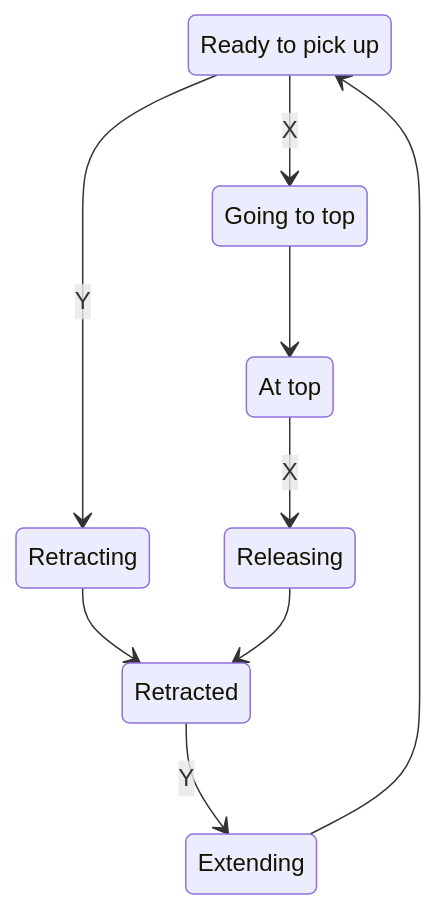
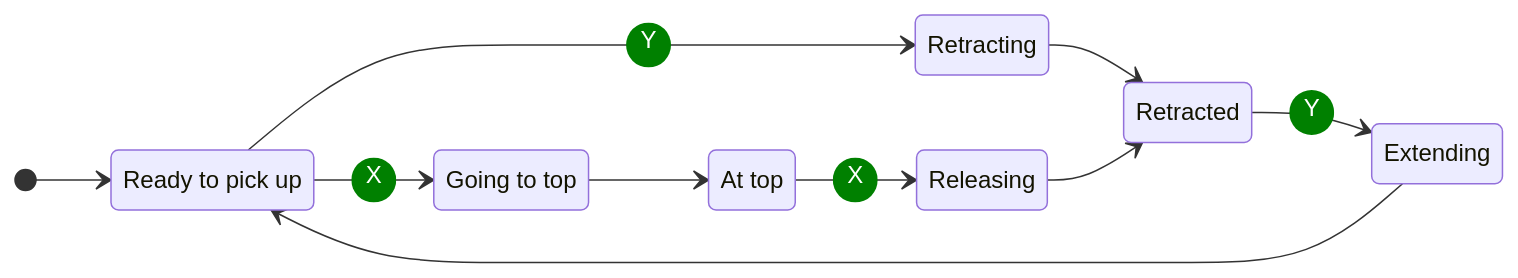
Before and after one commit to Huskyteers19516/IntoTheDeep: the first of 2 diagrams in TeamCode/src/main/java/org/firstinspires/ftc/teamcode/huskyteers/controls.md, drawn with Mermaid. The commit also changed other lines of this file, not shown here.

Commit message:
Add styles and notes

````diff
--- a/TeamCode/src/main/java/org/firstinspires/ftc/teamcode/huskyteers/controls.md
+++ b/TeamCode/src/main/java/org/firstinspires/ftc/teamcode/huskyteers/controls.md
@@ -5,14 +5,17 @@
 ```mermaid
 stateDiagram-v2
+    direction LR
+    classDef edgeLabel color: white, width: 30px, height: 30px, border-radius: 100%, background-color: green
     Ready: Ready to pick up
     GoingToTop: Going to top
     Top: At top
+    [*] --> Ready
     Ready --> Retracting: Y
     Retracting --> Retracted
     Retracted --> Extending: Y
     Extending --> Ready
     Ready --> GoingToTop: X
     GoingToTop --> Top
     Top --> Releasing: X
     Releasing --> Retracted
 ```
````
